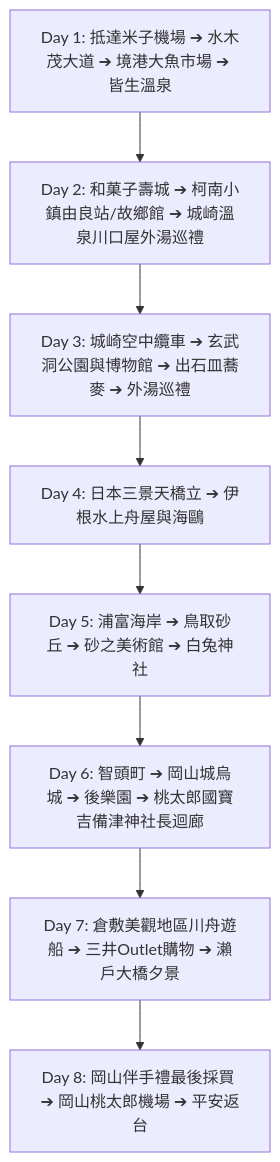
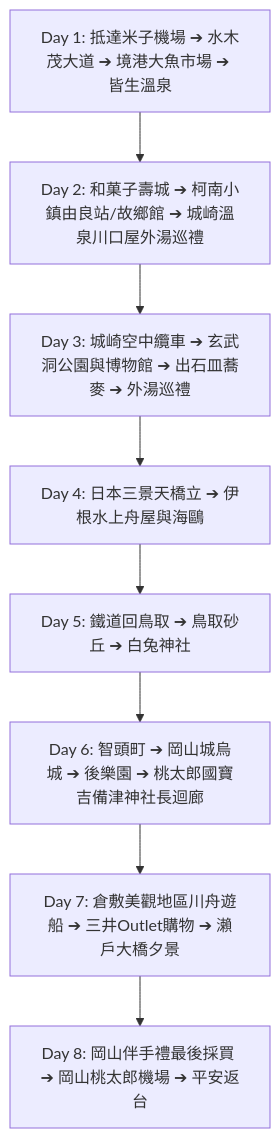
Before and after one commit to iamkeith001/sanin-trip-2027: the diagram in README.md, drawn with Mermaid. The commit also changed 5 other files, not shown here.

First line of the commit message:
fix: 砂之美術館 1/4 起休館，Day 5 主要景點消失，兩案重擬

````diff
--- a/README.md
+++ b/README.md
@@ -36,10 +36,10 @@
 ```mermaid
 graph TD
     Day1[Day 1: 抵達米子機場 ➔ 水木茂大道 ➔ 境港大魚市場 ➔ 皆生溫泉] --> Day2[Day 2: 和菓子壽城 ➔ 柯南小鎮由良站/故鄉館 ➔ 城崎溫泉川口屋外湯巡禮]
     Day2 --> Day3[Day 3: 城崎空中纜車 ➔ 玄武洞公園與博物館 ➔ 出石皿蕎麥 ➔ 外湯巡禮]
     Day3 --> Day4[Day 4: 日本三景天橋立 ➔ 伊根水上舟屋與海鷗]
-    Day4 --> Day5[Day 5: 浦富海岸 ➔ 鳥取砂丘 ➔ 砂之美術館 ➔ 白兔神社]
+    Day4 --> Day5[Day 5: 鐵道回鳥取 ➔ 鳥取砂丘 ➔ 白兔神社]
     Day5 --> Day6[Day 6: 智頭町 ➔ 岡山城烏城 ➔ 後樂園 ➔ 桃太郎國寶吉備津神社長迴廊]
     Day6 --> Day7[Day 7: 倉敷美觀地區川舟遊船 ➔ 三井Outlet購物 ➔ 瀨戶大橋夕景]
     Day7 --> Day8[Day 8: 岡山伴手禮最後採買 ➔ 岡山桃太郎機場 ➔ 平安返台]
 ```
````
